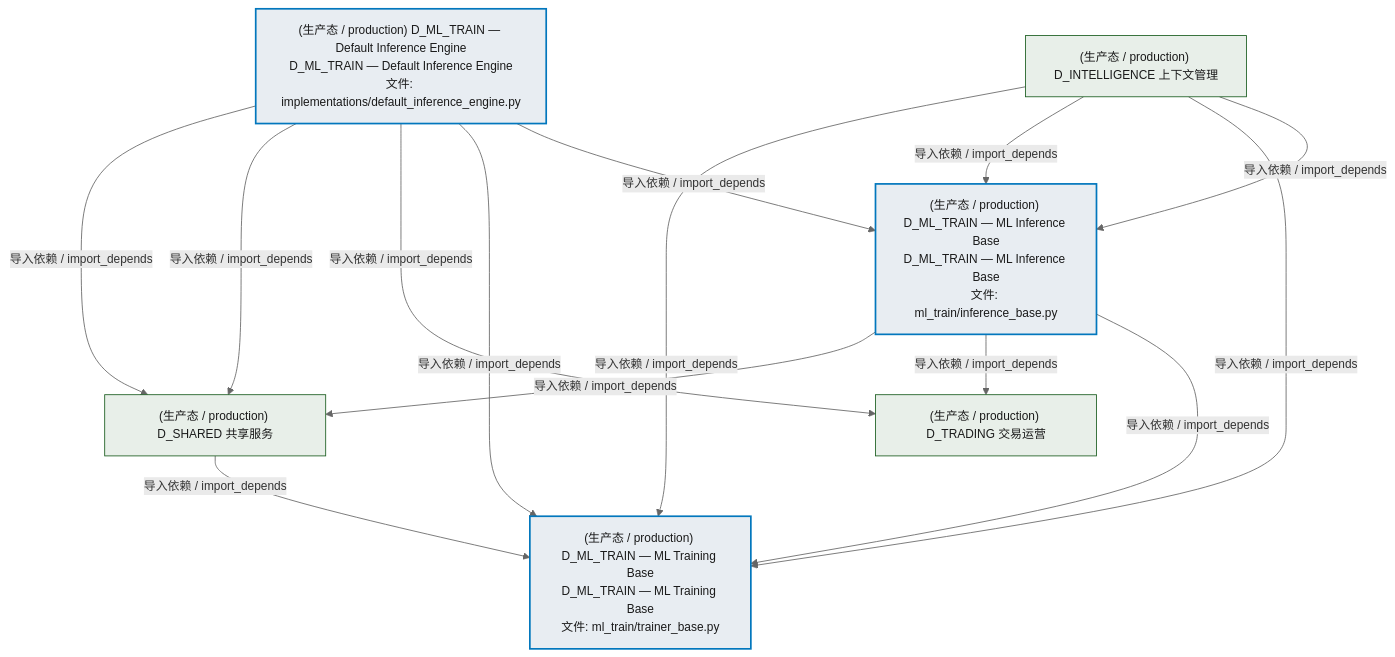
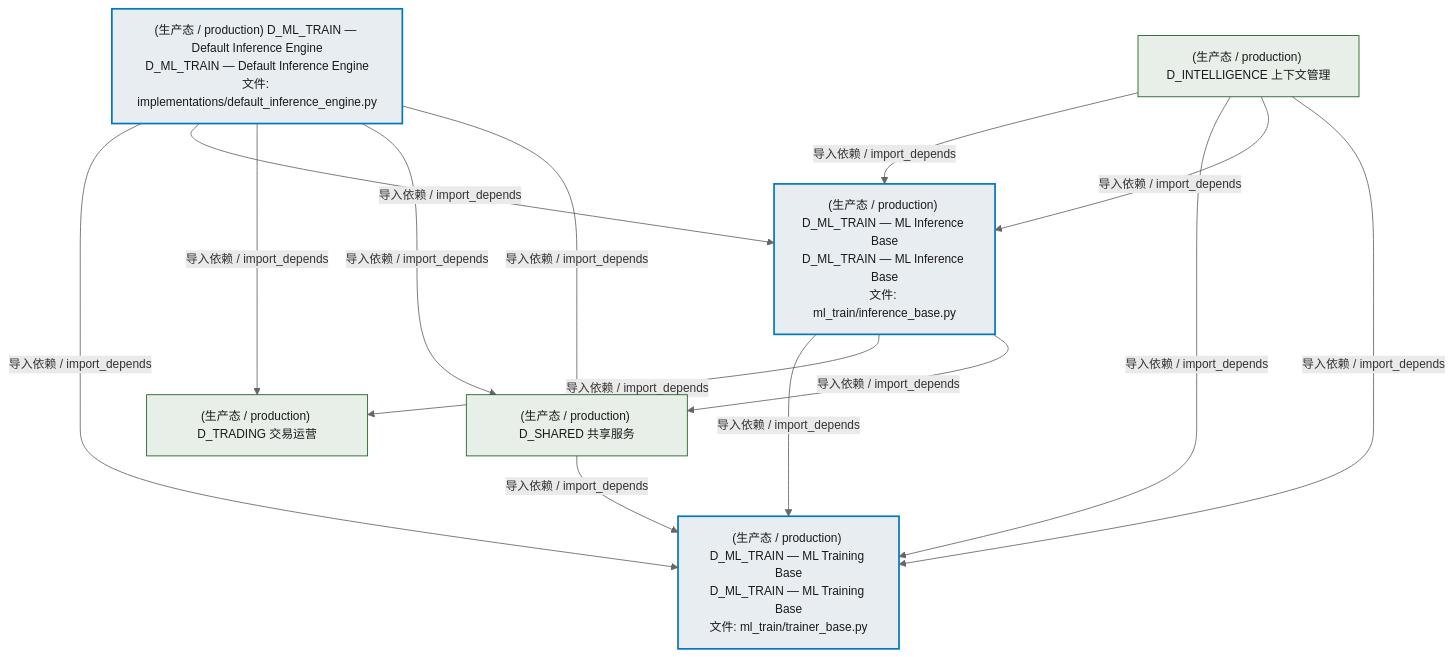
One commit to xuanFelixVan/ZephyrAlpha changed the second of 4 diagrams in docs/02_enterprise_architecture/02_domain_architecture_docs/61_d_ml_train.md. Above: the diagram before and after it, drawn with Mermaid. The commit also changed other lines of this file and 41 other files, not shown here.

````diff
--- a/docs/02_enterprise_architecture/02_domain_architecture_docs/61_d_ml_train.md
+++ b/docs/02_enterprise_architecture/02_domain_architecture_docs/61_d_ml_train.md
@@ -103,29 +103,29 @@
 ```mermaid
 %%{init: {'theme': 'base', 'themeVariables': {'primaryColor': '#eaeaea', 'primaryTextColor': '#333333', 'primaryBorderColor': '#666666', 'lineColor': '#666666', 'secondaryColor': '#eaeaea', 'tertiaryColor': '#eaeaea', 'fontSize': '14px'}}}%%
 flowchart TD
     src_zephyr_ml_train_implementations_default_inference_engine_py["(生产态 / production) D_ML_TRAIN — Default Inference Engine<br/>D_ML_TRAIN — Default Inference Engine<br/>文件: implementations/default_inference_engine.py"]
     src_zephyr_ml_train_inference_base_py["(生产态 / production) D_ML_TRAIN — ML Inference Base<br/>D_ML_TRAIN — ML Inference Base<br/>文件: ml_train/inference_base.py"]
     src_zephyr_ml_train_trainer_base_py["(生产态 / production) D_ML_TRAIN — ML Training Base<br/>D_ML_TRAIN — ML Training Base<br/>文件: ml_train/trainer_base.py"]
+    src_zephyr_ml_train_implementations_default_inference_engine_py -->|导入依赖 / import_depends| src_zephyr_ml_train_trainer_base_py
+    src_zephyr_ml_train_implementations_default_inference_engine_py -->|导入依赖 / import_depends| src_zephyr_ml_train_inference_base_py
     src_zephyr_ml_train_inference_base_py -->|导入依赖 / import_depends| src_zephyr_ml_train_trainer_base_py
-    src_zephyr_ml_train_implementations_default_inference_engine_py -->|导入依赖 / import_depends| src_zephyr_ml_train_inference_base_py
-    src_zephyr_ml_train_implementations_default_inference_engine_py -->|导入依赖 / import_depends| src_zephyr_ml_train_trainer_base_py
     D_TRADING["(生产态 / production) D_TRADING 交易运营"]
-    src_zephyr_ml_train_inference_base_py -->|导入依赖 / import_depends| D_TRADING
+    src_zephyr_ml_train_implementations_default_inference_engine_py -->|导入依赖 / import_depends| D_TRADING
     D_SHARED["(生产态 / production) D_SHARED 共享服务"]
-    src_zephyr_ml_train_inference_base_py -->|导入依赖 / import_depends| D_SHARED
-    src_zephyr_ml_train_implementations_default_inference_engine_py -->|导入依赖 / import_depends| D_TRADING
     src_zephyr_ml_train_implementations_default_inference_engine_py -->|导入依赖 / import_depends| D_SHARED
     src_zephyr_ml_train_implementations_default_inference_engine_py -->|导入依赖 / import_depends| D_SHARED
+    src_zephyr_ml_train_inference_base_py -->|导入依赖 / import_depends| D_TRADING
+    src_zephyr_ml_train_inference_base_py -->|导入依赖 / import_depends| D_SHARED
     D_INTELLIGENCE["(生产态 / production) D_INTELLIGENCE 上下文管理"]
     D_INTELLIGENCE -->|导入依赖 / import_depends| src_zephyr_ml_train_inference_base_py
     D_INTELLIGENCE -->|导入依赖 / import_depends| src_zephyr_ml_train_trainer_base_py
     D_SHARED -->|导入依赖 / import_depends| src_zephyr_ml_train_trainer_base_py
     D_INTELLIGENCE -->|导入依赖 / import_depends| src_zephyr_ml_train_inference_base_py
     D_INTELLIGENCE -->|导入依赖 / import_depends| src_zephyr_ml_train_trainer_base_py
     classDef production fill:#e8edf2,stroke:#0277bd,stroke-width:2px,color:#1a1a1a
     classDef design fill:#f0ebe3,stroke:#bf360c,stroke-width:2px,color:#1a1a1a,stroke-dasharray: 5 5
     classDef external_prod fill:#e8efe9,stroke:#1b5e20,stroke-width:1px,color:#1a1a1a
     classDef external_design fill:#efe5ea,stroke:#880e4f,stroke-width:1px,color:#1a1a1a,stroke-dasharray: 5 5
     class src_zephyr_ml_train_implementations_default_inference_engine_py,src_zephyr_ml_train_inference_base_py,src_zephyr_ml_train_trainer_base_py production
     class D_TRADING,D_SHARED,D_INTELLIGENCE external_prod
 ```
````
